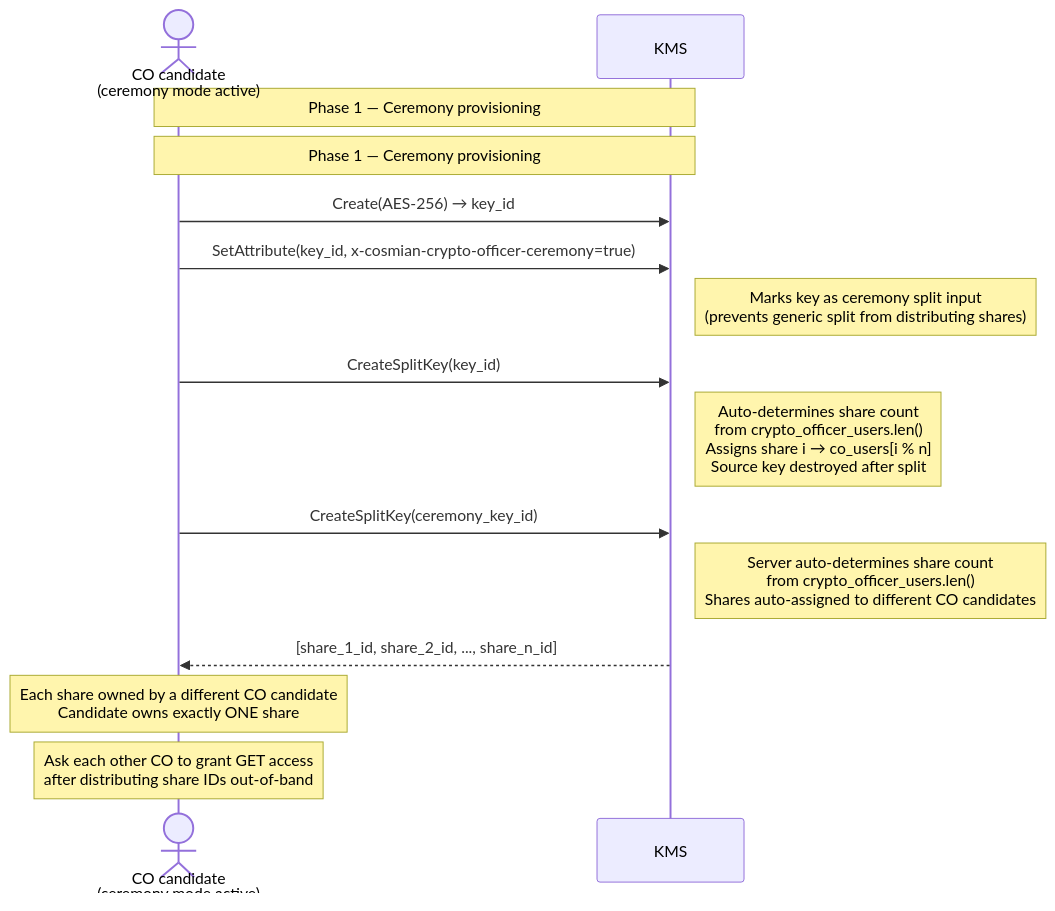
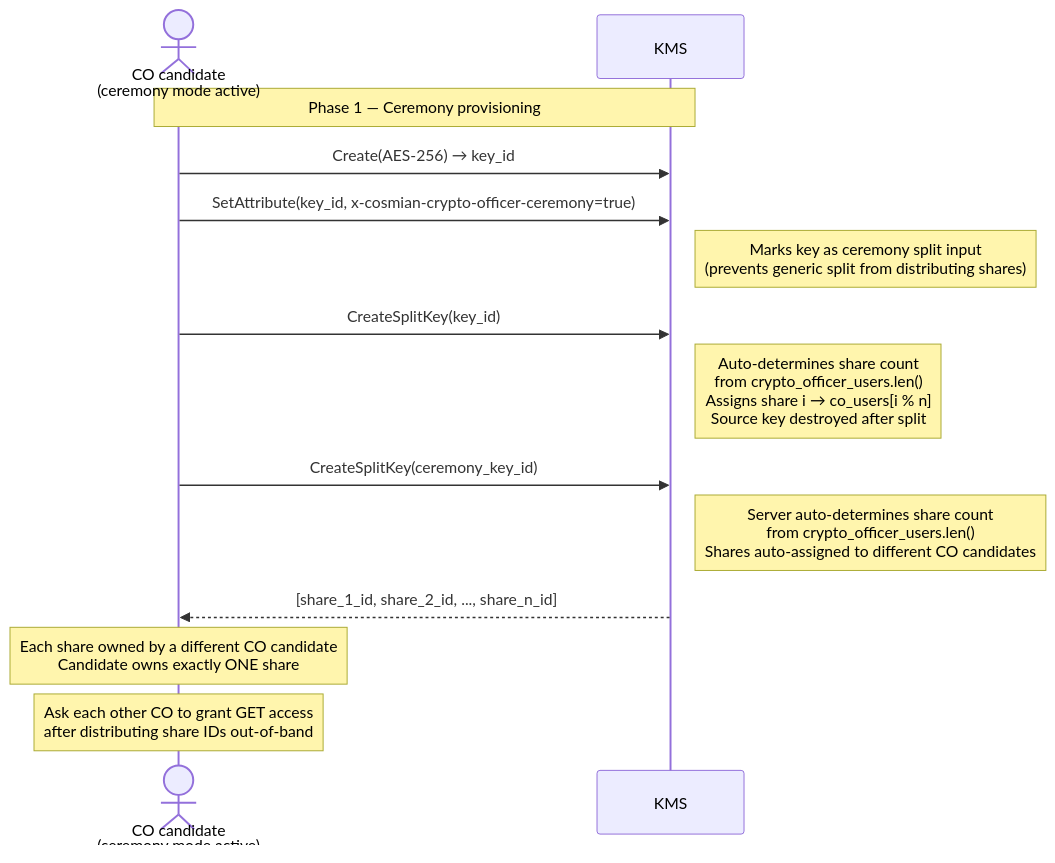
Before and after one commit to Cosmian/kms: the second of 6 diagrams in documentation/docs/configuration/authorization/key_ceremony.md, drawn with Mermaid.

Commit message:
feat: support CRL generation

````diff
--- a/documentation/docs/configuration/authorization/key_ceremony.md
+++ b/documentation/docs/configuration/authorization/key_ceremony.md
@@ -170,25 +170,23 @@
 ```mermaid
 sequenceDiagram
     actor Candidate as CO candidate<br/>(ceremony mode active)
-    actor Candidate as CO candidate<br/>(ceremony mode active)
     participant KMS
 
-    Note over Candidate,KMS: Phase 1 — Ceremony provisioning
     Note over Candidate,KMS: Phase 1 — Ceremony provisioning
 
     Candidate->>KMS: Create(AES-256) → key_id
     Candidate->>KMS: SetAttribute(key_id, x-cosmian-crypto-officer-ceremony=true)
     Note right of KMS: Marks key as ceremony split input<br/>(prevents generic split from distributing shares)
 
     Candidate->>KMS: CreateSplitKey(key_id)
     Note right of KMS: Auto-determines share count<br/>from crypto_officer_users.len()<br/>Assigns share i → co_users[i % n]<br/>Source key destroyed after split
 
     Candidate->>KMS: CreateSplitKey(ceremony_key_id)
     Note right of KMS: Server auto-determines share count<br/>from crypto_officer_users.len()<br/>Shares auto-assigned to different CO candidates
 
     KMS-->>Candidate: [share_1_id, share_2_id, ..., share_n_id]
 
     Note over Candidate: Each share owned by a different CO candidate<br/>Candidate owns exactly ONE share
 
     Note over Candidate: Ask each other CO to grant GET access<br/>after distributing share IDs out-of-band
 ```
````
